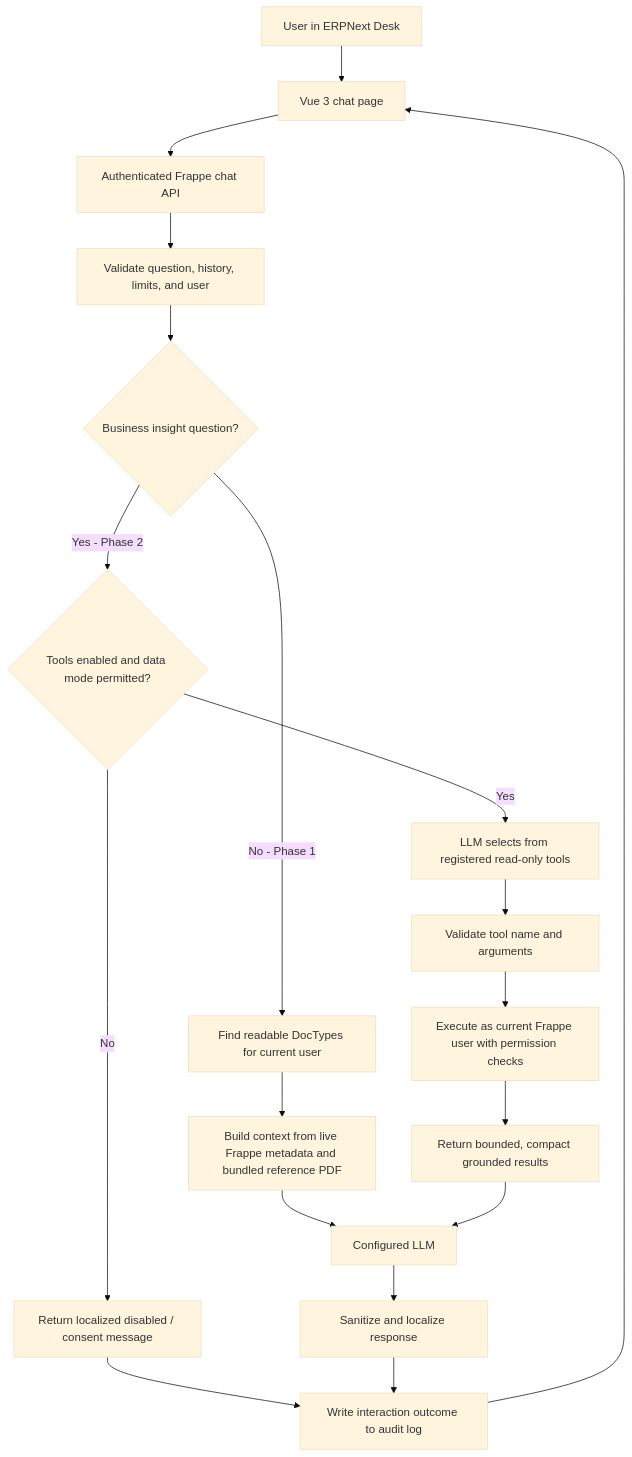
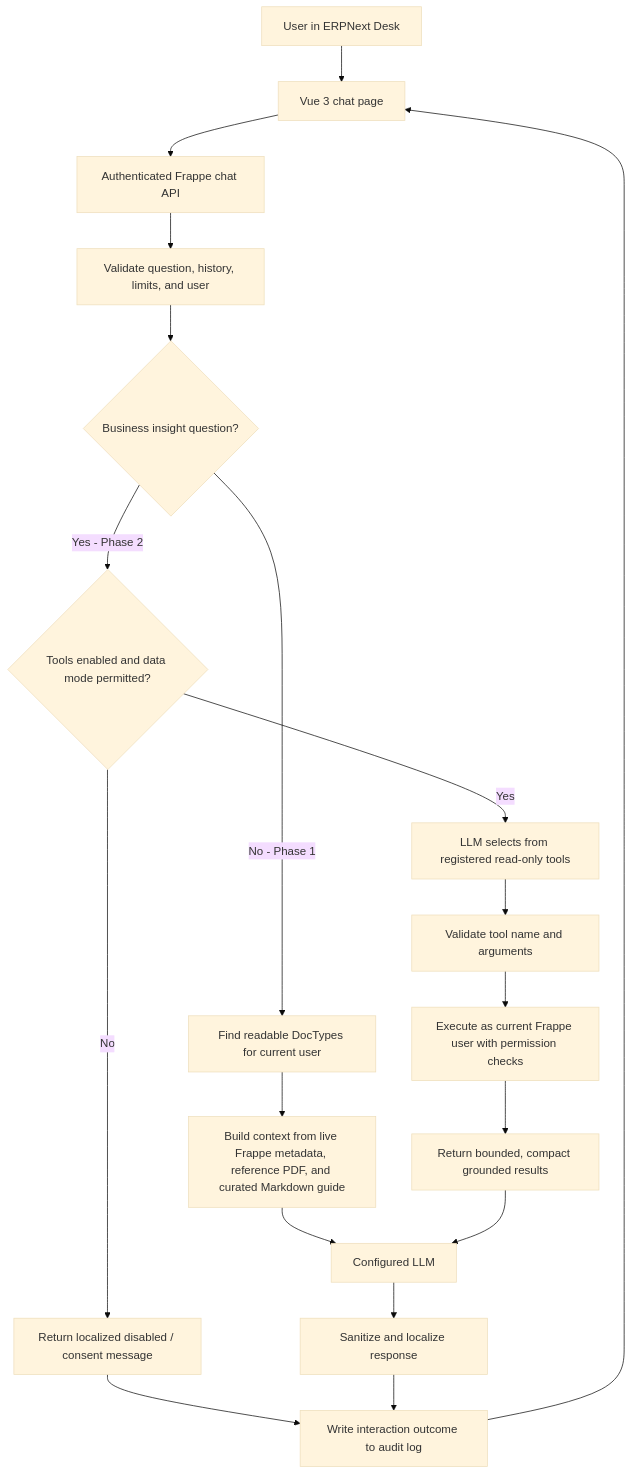
The diagram in docs/architecture.md (boulanouarmohamed1/HW_ai_support), drawn with Mermaid (base theme) before and after one commit. The commit also changed other lines of this file and 6 other files, not shown here.

Commit message:
Add curated ERPNext guide to RAG

````diff
--- a/docs/architecture.md
+++ b/docs/architecture.md
@@ -7,21 +7,21 @@
 ```mermaid
 flowchart TD
   U[User in ERPNext Desk] --> UI[Vue 3 chat page]
   UI --> API[Authenticated Frappe chat API]
   API --> VALID[Validate question, history, limits, and user]
   VALID --> ROUTE{Business insight question?}
   ROUTE -->|No - Phase 1| META[Find readable DocTypes for current user]
-  META --> CTX[Build context from live Frappe metadata and bundled reference PDF]
+  META --> CTX[Build context from live Frappe metadata, reference PDF, and curated Markdown guide]
   CTX --> LLM[Configured LLM]
   ROUTE -->|Yes - Phase 2| MODE{Tools enabled and data mode permitted?}
   MODE -->|No| DENY[Return localized disabled / consent message]
   MODE -->|Yes| CHOOSE[LLM selects from registered read-only tools]
   CHOOSE --> CHECK[Validate tool name and arguments]
   CHECK --> PERM[Execute as current Frappe user with permission checks]
   PERM --> AGG[Return bounded, compact grounded results]
   AGG --> LLM
   LLM --> SAN[Sanitize and localize response]
   DENY --> LOG[Write interaction outcome to audit log]
   SAN --> LOG
   LOG --> UI
 ```
````
